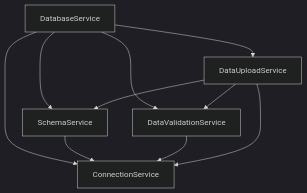
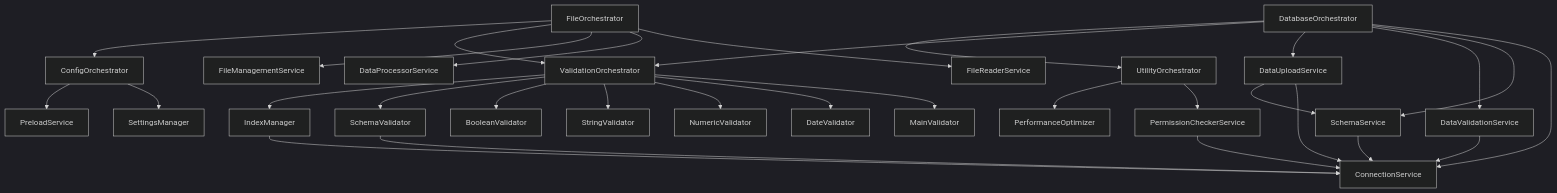
The first of 2 diagrams in ARCHITECTURE.md (sthongma/app-pipeline-sql-server), drawn with Mermaid (dark theme) before and after one commit. The commit also changed other lines of this file and 19 other files, not shown here.

First line of the commit message:
v2.0 Clean Architecture

````diff
--- a/ARCHITECTURE.md
+++ b/ARCHITECTURE.md
@@ -166,13 +225,41 @@
 ```mermaid
 graph TD
-    A[DatabaseService] --> B[ConnectionService]
+    %% Orchestrator Layer
+    A[DatabaseOrchestrator] --> B[ConnectionService]
     A --> C[SchemaService]
     A --> D[DataValidationService]
     A --> E[DataUploadService]
     
+    F[FileOrchestrator] --> G[FileReaderService]
+    F --> H[DataProcessorService]
+    F --> I[FileManagementService]
+    
+    J[ConfigOrchestrator] --> K[SettingsManager]
+    J --> L[PreloadService]
+    
+    M[ValidationOrchestrator] --> N[MainValidator]
+    M --> O[DateValidator]
+    M --> P[NumericValidator]
+    M --> Q[StringValidator]
+    M --> R[BooleanValidator]
+    M --> S[SchemaValidator]
+    M --> T[IndexManager]
+    
+    U[UtilityOrchestrator] --> V[PermissionCheckerService]
+    U --> W[PerformanceOptimizer]
+    
+    %% Service Dependencies
     C --> B
     D --> B
     E --> B
     E --> C
-    E --> D
+    S --> B
+    T --> B
+    V --> B
+    
+    %% Cross-Orchestrator Dependencies
+    F --> M
+    A --> M
+    A --> U
+    F --> J
 ```
````
